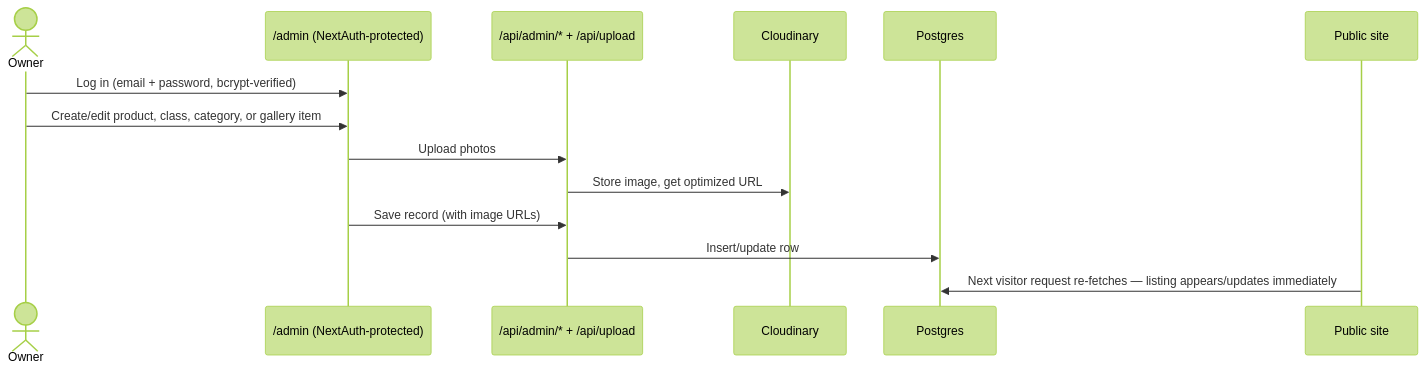
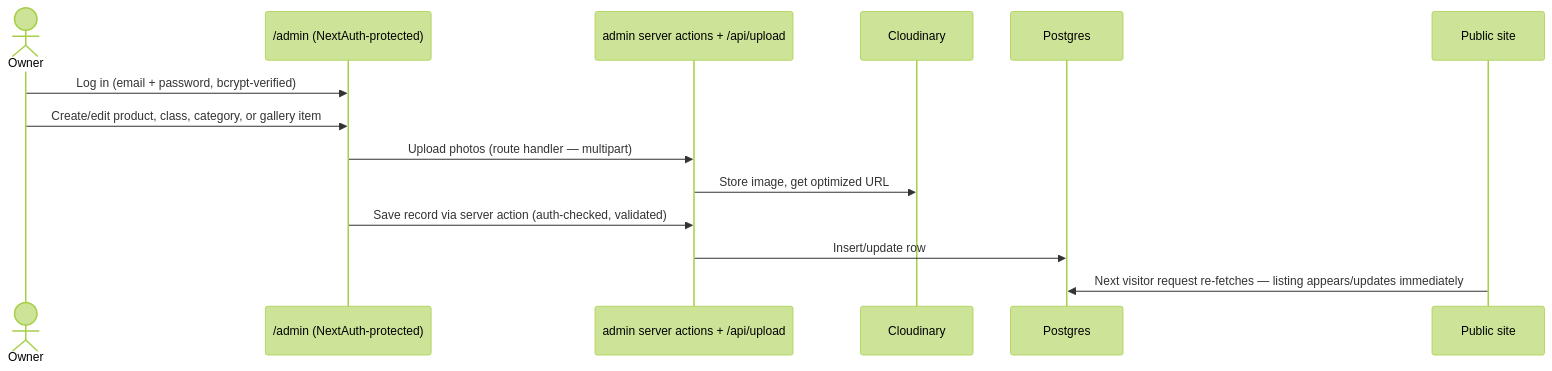
Before and after one commit to rpkrupali1/artaeflora: the fifth of 5 diagrams in ARCHITECTURE.md, drawn with Mermaid (forest theme). The commit also changed other lines of this file and 26 other files, not shown here.

````diff
--- a/ARCHITECTURE.md
+++ b/ARCHITECTURE.md
@@ -191,17 +193,17 @@
 ```mermaid
 sequenceDiagram
     actor O as Owner
     participant A as /admin (NextAuth-protected)
-    participant API as /api/admin/* + /api/upload
+    participant API as admin server actions + /api/upload
     participant CLD as Cloudinary
     participant DB as Postgres
     participant P as Public site
 
     O->>A: Log in (email + password, bcrypt-verified)
     O->>A: Create/edit product, class, category, or gallery item
-    A->>API: Upload photos
+    A->>API: Upload photos (route handler — multipart)
     API->>CLD: Store image, get optimized URL
-    A->>API: Save record (with image URLs)
+    A->>API: Save record via server action (auth-checked, validated)
     API->>DB: Insert/update row
     P->>DB: Next visitor request re-fetches — listing appears/updates immediately
 ```
````
